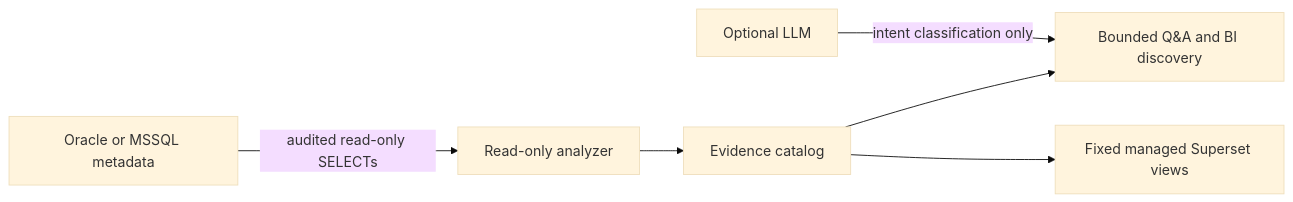
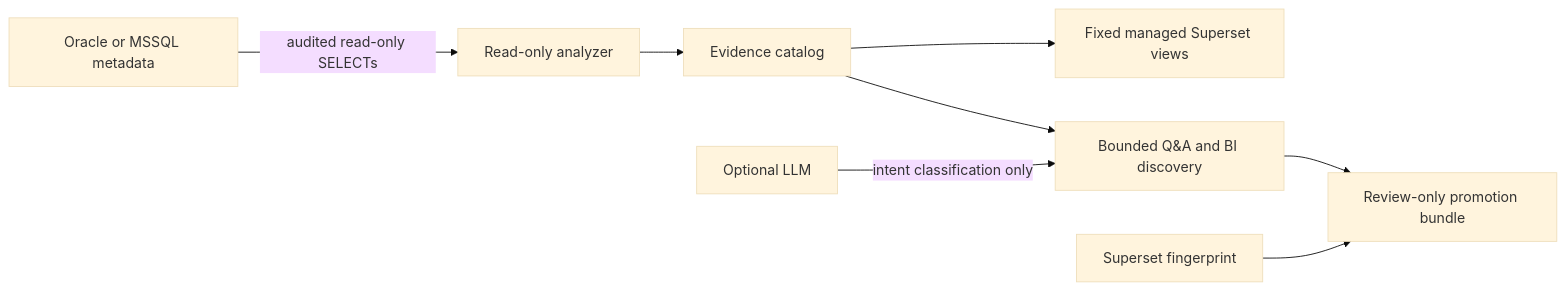
Before and after one commit to JimPansky/KaleidoSphere: the diagram in README.md, drawn with Mermaid (base theme). The commit also changed other lines of this file and 17 other files, not shown here.

First line of the commit message:
Add promotion review bundle contract

````diff
--- a/README.md
+++ b/README.md
@@ -78,8 +79,10 @@
 ```mermaid
 flowchart LR
   A[Oracle or MSSQL metadata] -->|audited read-only SELECTs| B[Read-only analyzer]
   B --> C[Evidence catalog]
   C --> D[Bounded Q&A and BI discovery]
   C --> E[Fixed managed Superset views]
+  D --> G[Review-only promotion bundle]
+  H[Superset fingerprint] --> G
   F[Optional LLM] -->|intent classification only| D
 ```
````
